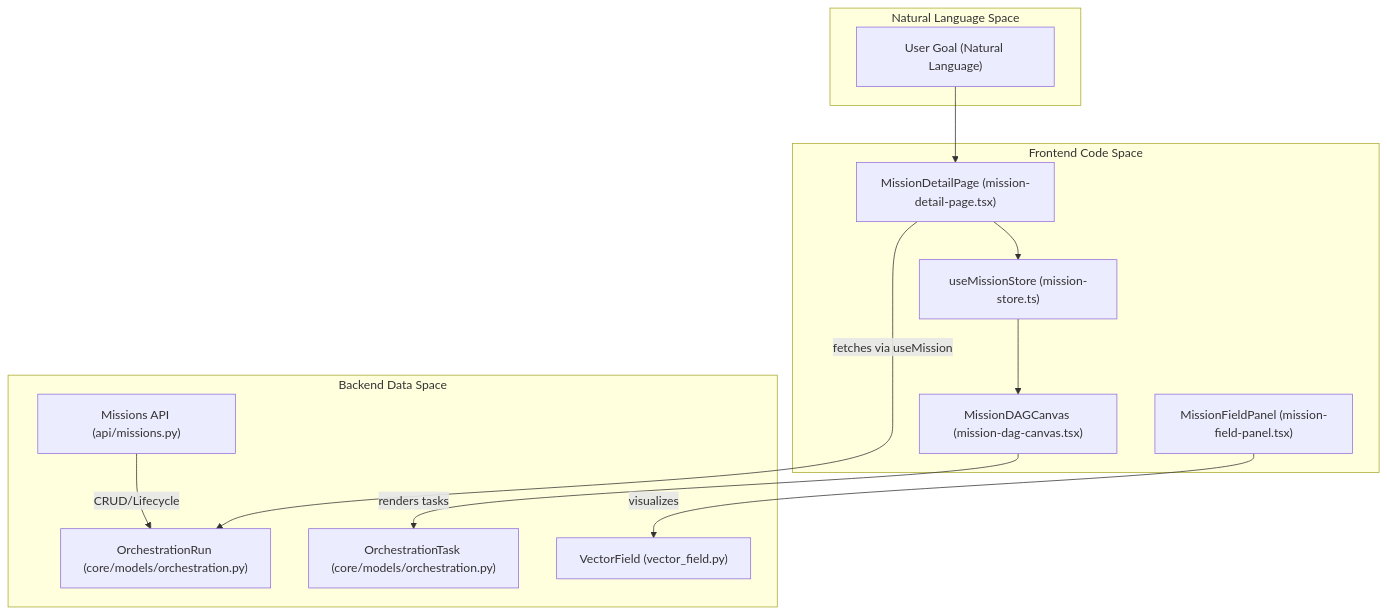
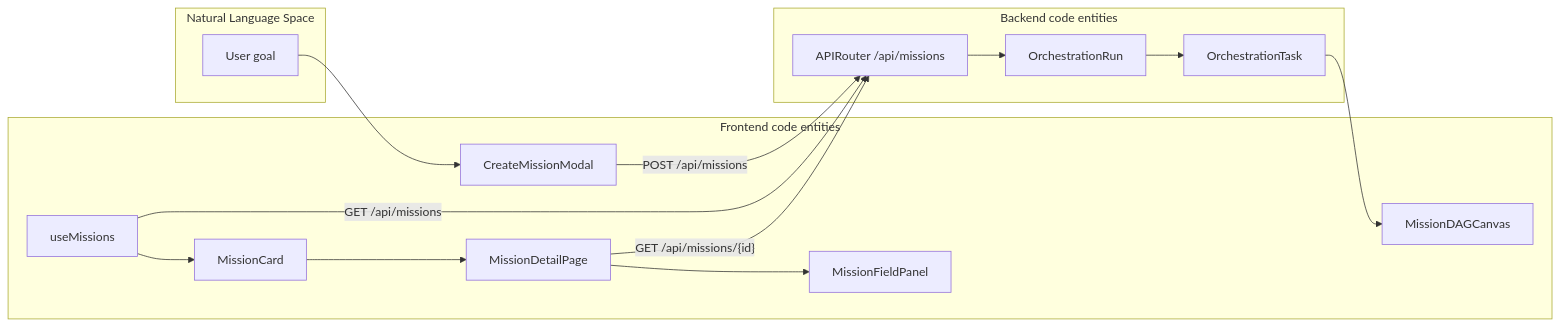
The first of 5 diagrams in docs/missions-multi-agent-coordination/mission-ui-human-review.md (AutomatosAI/automatos-ai), drawn with Mermaid before and after one commit. The commit also changed other lines of this file and 188 other files, not shown here.

First line of the commit message:
docs: refresh architecture docs and add coverage for new subsystems (#1416)

````diff
--- a/docs/missions-multi-agent-coordination/mission-ui-human-review.md
+++ b/docs/missions-multi-agent-coordination/mission-ui-human-review.md
@@ -107,28 +71,29 @@
 ```mermaid
-graph TD
+graph LR
     subgraph "Natural Language Space"
-        Goal["User Goal (Natural Language)"]
+        Goal["User goal"]
     end
-
-    subgraph "Frontend Code Space"
-        MDP["MissionDetailPage (mission-detail-page.tsx)"]
-        MDC["MissionDAGCanvas (mission-dag-canvas.tsx)"]
-        MFP["MissionFieldPanel (mission-field-panel.tsx)"]
-        MS["useMissionStore (mission-store.ts)"]
+    subgraph "Frontend code entities"
+        Create["CreateMissionModal"]
+        ListHook["useMissions"]
+        Card["MissionCard"]
+        Detail["MissionDetailPage"]
+        Dag["MissionDAGCanvas"]
+        Field["MissionFieldPanel"]
     end
-
-    subgraph "Backend Data Space"
-        OR["OrchestrationRun (core/models/orchestration.py)"]
-        OT["OrchestrationTask (core/models/orchestration.py)"]
-        API["Missions API (api/missions.py)"]
-        VF["VectorField (vector_field.py)"]
+    subgraph "Backend code entities"
+        Router["APIRouter /api/missions"]
+        MissionModel["OrchestrationRun"]
+        TaskModel["OrchestrationTask"]
     end
-
-    Goal --> MDP
-    MDP --> MS
-    MS --> MDC
-    MDP -- "fetches via useMission" --> OR
-    MDC -- "renders tasks" --> OT
-    MFP -- "visualizes" --> VF
-    API -- "CRUD/Lifecycle" --> OR
+    Goal --> Create
+    Create -->|"POST /api/missions"| Router
+    Router --> MissionModel
+    ListHook -->|"GET /api/missions"| Router
+    ListHook --> Card
+    Card --> Detail
+    Detail -->|"GET /api/missions/{id}"| Router
+    MissionModel --> TaskModel
+    TaskModel --> Dag
+    Detail --> Field
 ```
````
